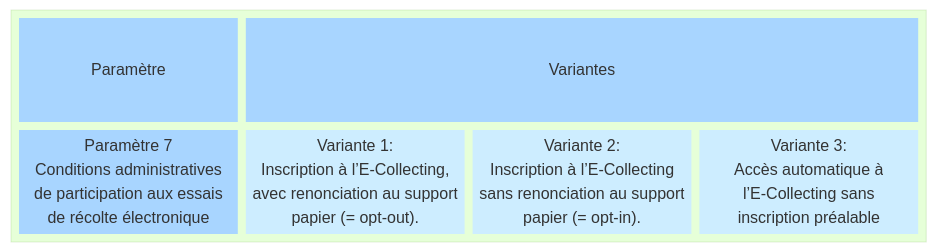
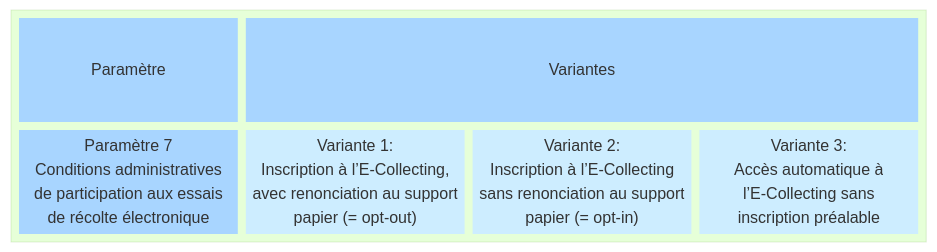
Before and after one commit to swiss/e-collecting: the first of 2 diagrams in docs/morphological-box/parameter-7.md, drawn with Mermaid (forest theme). The commit also changed other lines of this file and 1 other file, not shown here.

Commit message:
docs: small fixes parameter-7.md, parameter-8.md

````diff
--- a/docs/morphological-box/parameter-7.md
+++ b/docs/morphological-box/parameter-7.md
@@ -18,34 +18,34 @@
 ```mermaid
 block
   block
     columns 4
     t1["Paramètre"]
     t2["Variantes"]:3
     d["Paramètre 7
       Conditions administratives
       de participation aux essais
       de récolte électronique
       "]
     a1["Variante 1:
       Inscription à l’E-Collecting,
       avec renonciation au support 
-      papier (= opt-out).
+      papier (= opt-out)
       "]
     a2["Variante 2:
       Inscription à l’E-Collecting
       sans renonciation au support
-      papier (= opt-in).
+      papier (= opt-in)
       "]
     a3["Variante 3:
       Accès automatique à 
       l’E-Collecting sans
       inscription préalable
       "]
     style t1 fill:#a8d5ff,stroke-width:0px
     style t2 fill:#a8d5ff,stroke-width:0px
     style d fill:#a8d5ff,stroke-width:0px,text-valign:top
     style a1 fill:#cdedff,stroke-width:0px
     style a2 fill:#cdedff,stroke-width:0px
     style a3 fill:#cdedff,stroke-width:0px
   end
 ```
````
